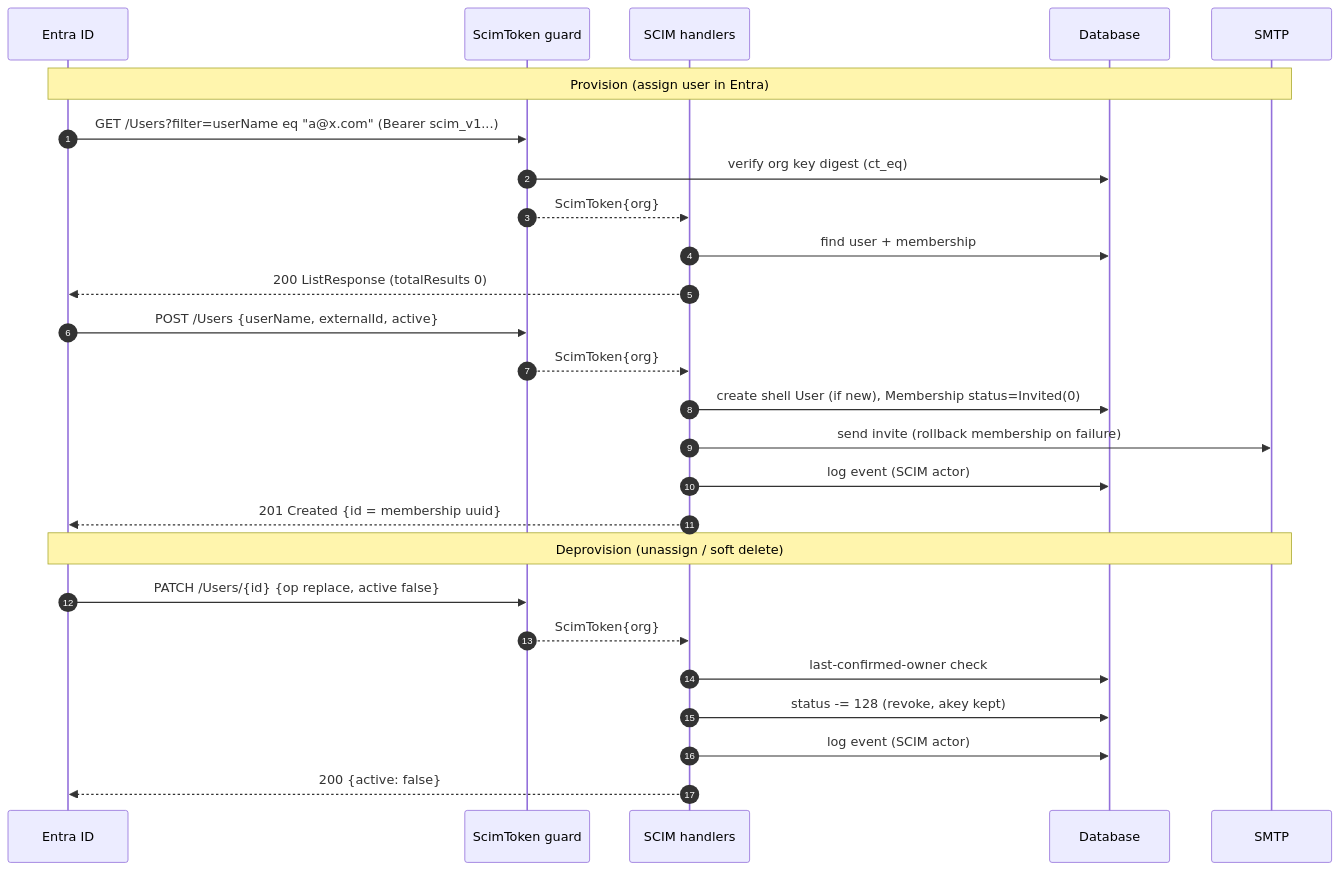
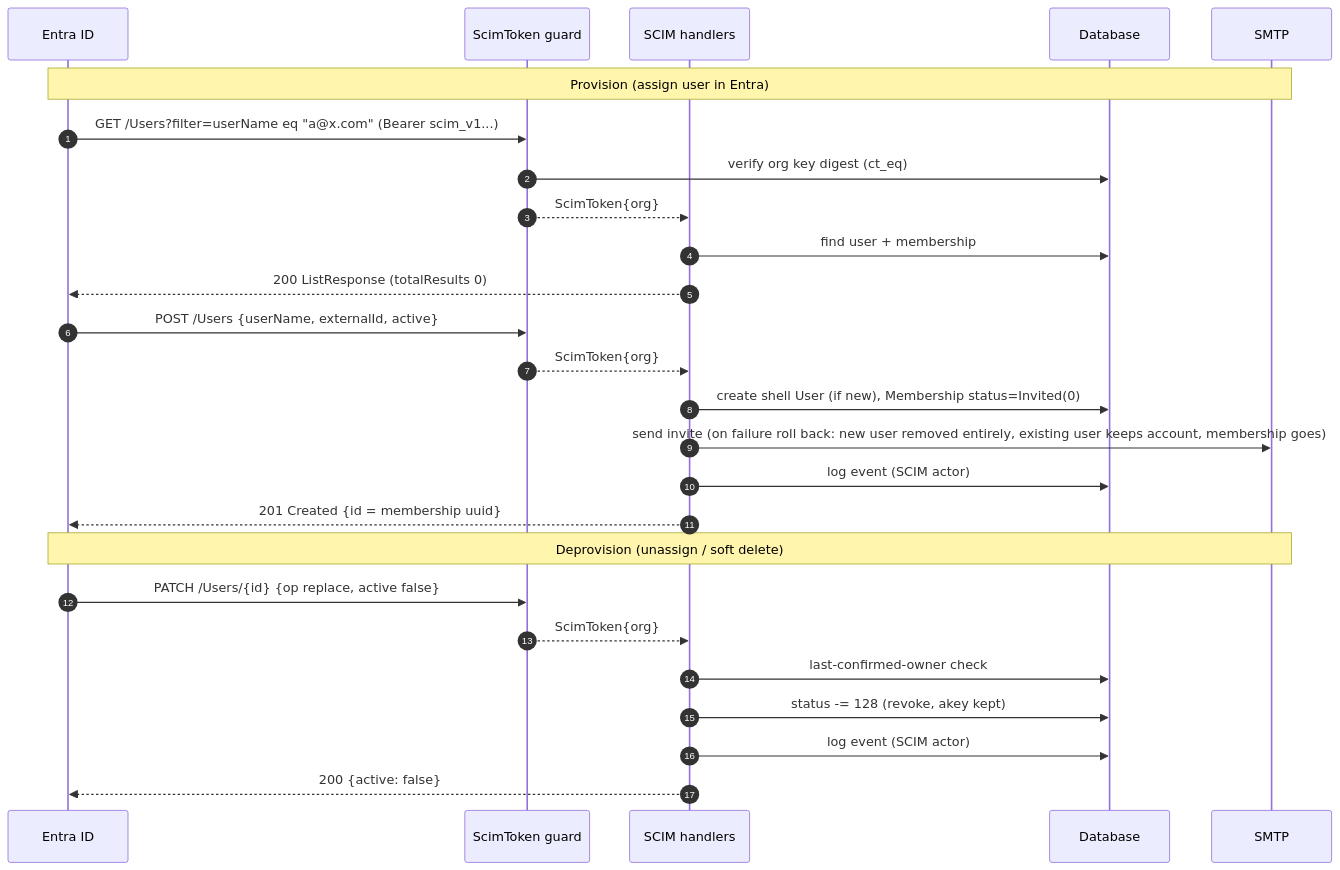
One commit to croftinator/vaultwarden-scim-v2 changed the first of 4 diagrams in docs/scim/design.md. Above: the diagram before and after it, drawn with Mermaid. The commit also changed other lines of this file and 2 other files, not shown here.

````diff
--- a/docs/scim/design.md
+++ b/docs/scim/design.md
@@ -8,30 +8,30 @@
 ```mermaid
 sequenceDiagram
     autonumber
     participant Entra as Entra ID
     participant Guard as ScimToken guard
     participant H as SCIM handlers
     participant DB as Database
     participant Mail as SMTP
 
     Note over Entra,Mail: Provision (assign user in Entra)
     Entra->>Guard: GET /Users?filter=userName eq "a@x.com" (Bearer scim_v1...)
     Guard->>DB: verify org key digest (ct_eq)
     Guard-->>H: ScimToken{org}
     H->>DB: find user + membership
     H-->>Entra: 200 ListResponse (totalResults 0)
     Entra->>Guard: POST /Users {userName, externalId, active}
     Guard-->>H: ScimToken{org}
     H->>DB: create shell User (if new), Membership status=Invited(0)
-    H->>Mail: send invite (rollback membership on failure)
+    H->>Mail: send invite (on failure roll back: new user removed entirely, existing user keeps account, membership goes)
     H->>DB: log event (SCIM actor)
     H-->>Entra: 201 Created {id = membership uuid}
 
     Note over Entra,Mail: Deprovision (unassign / soft delete)
     Entra->>Guard: PATCH /Users/{id} {op replace, active false}
     Guard-->>H: ScimToken{org}
     H->>DB: last-confirmed-owner check
     H->>DB: status -= 128 (revoke, akey kept)
     H->>DB: log event (SCIM actor)
     H-->>Entra: 200 {active: false}
 ```
````
